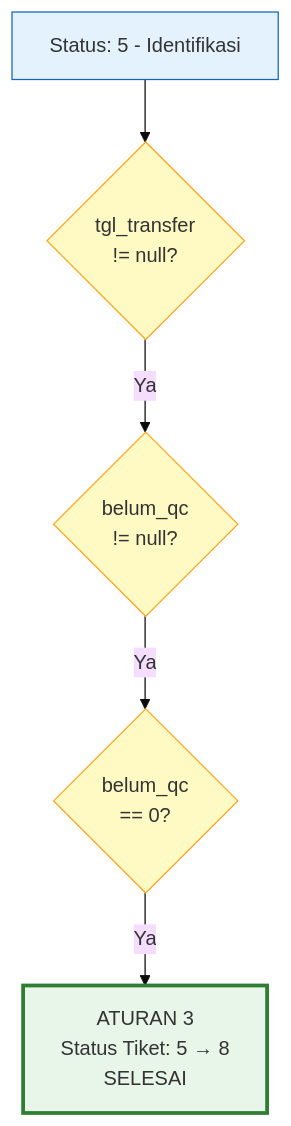
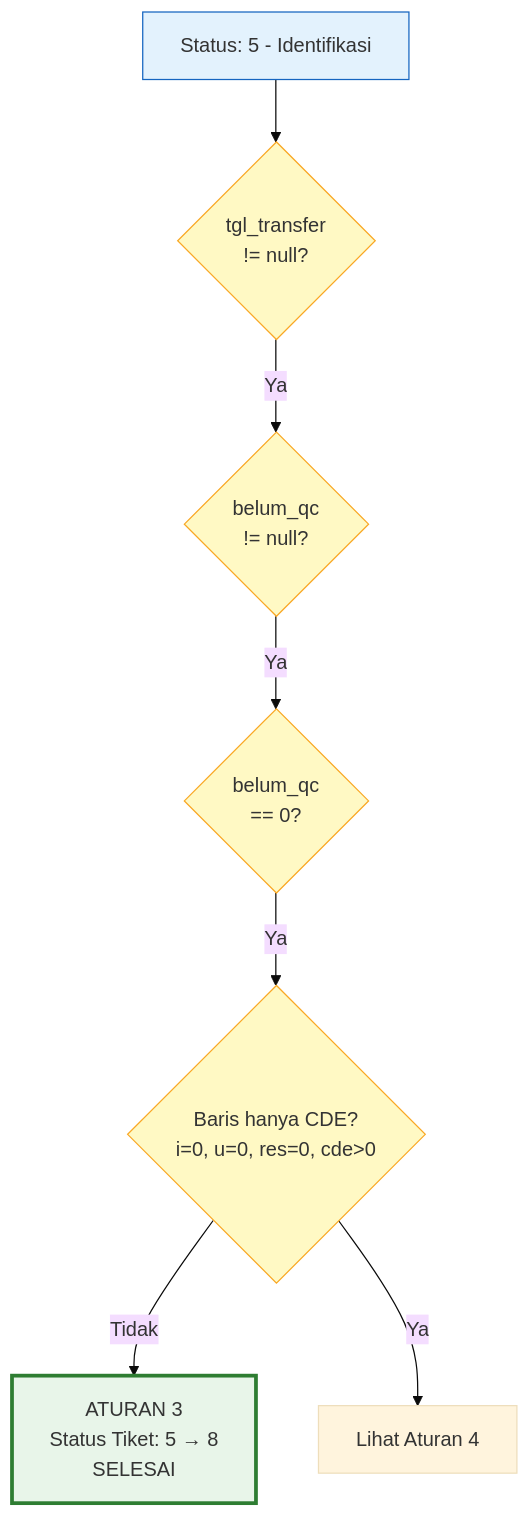
The third of 9 diagrams in docs/SYNC_TIKET_UPDATE_RULES.md (kloworizer/diamond-web), drawn with Mermaid (base theme) before and after one commit. The commit also changed other lines of this file and 8 other files, not shown here.

First line of the commit message:
Refactor tiket status handling and implement retroactive fix for sync issues

````diff
--- a/docs/SYNC_TIKET_UPDATE_RULES.md
+++ b/docs/SYNC_TIKET_UPDATE_RULES.md
@@ -49,13 +49,16 @@
 ```mermaid
 flowchart TD
     START[Status: 5 - Identifikasi] --> C1{tgl_transfer<br/>!= null?}
     C1 -->|Ya| C2{belum_qc<br/>!= null?}
     C2 -->|Ya| C3{belum_qc<br/>== 0?}
-    C3 -->|Ya| RESULT[ATURAN 3<br/>Status Tiket: 5 → 8<br/>SELESAI]
+    C3 -->|Ya| C4{Baris hanya CDE?<br/>i=0, u=0, res=0, cde>0}
+    C4 -->|Tidak| RESULT[ATURAN 3<br/>Status Tiket: 5 → 8<br/>SELESAI]
+    C4 -->|Ya| KE_4[Lihat Aturan 4]
 
     style RESULT fill:#e8f5e9,stroke:#2e7d32,stroke-width:3px
     style START fill:#e3f2fd,stroke:#1565c0
     style C1 fill:#fff9c4,stroke:#f9a825
     style C2 fill:#fff9c4,stroke:#f9a825
     style C3 fill:#fff9c4,stroke:#f9a825
+    style C4 fill:#fff9c4,stroke:#f9a825
 ```
````
